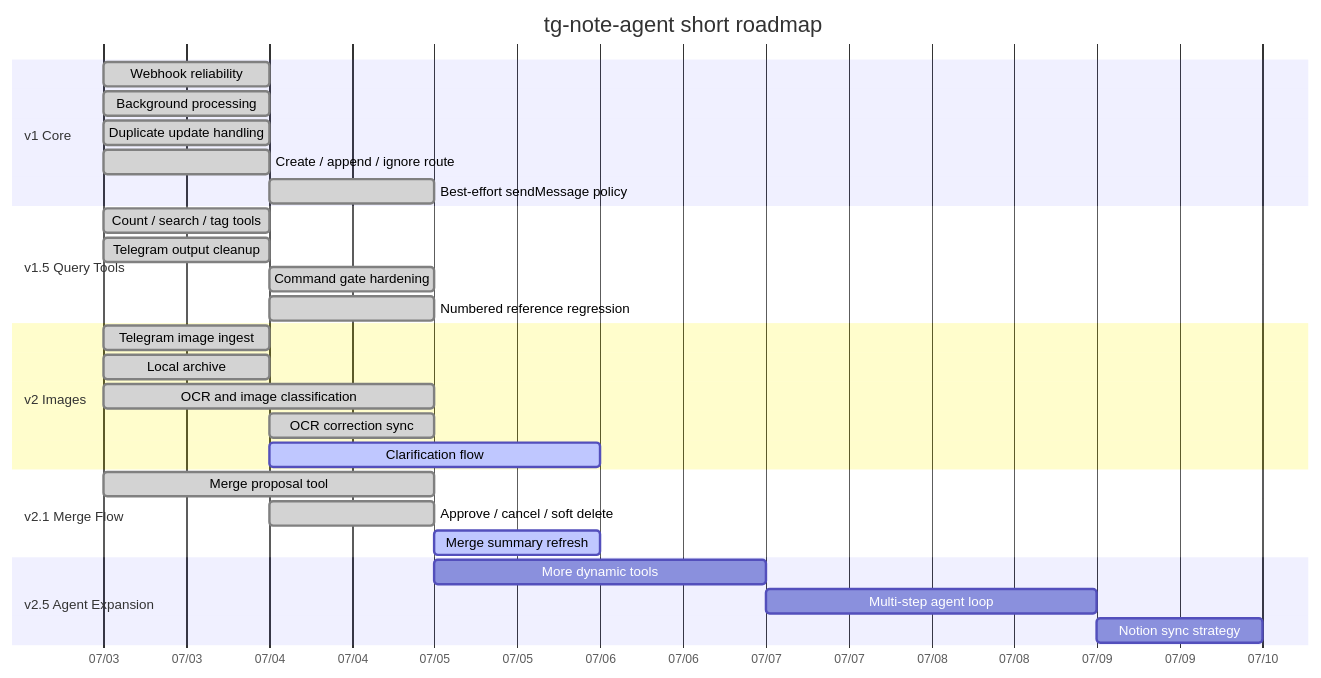
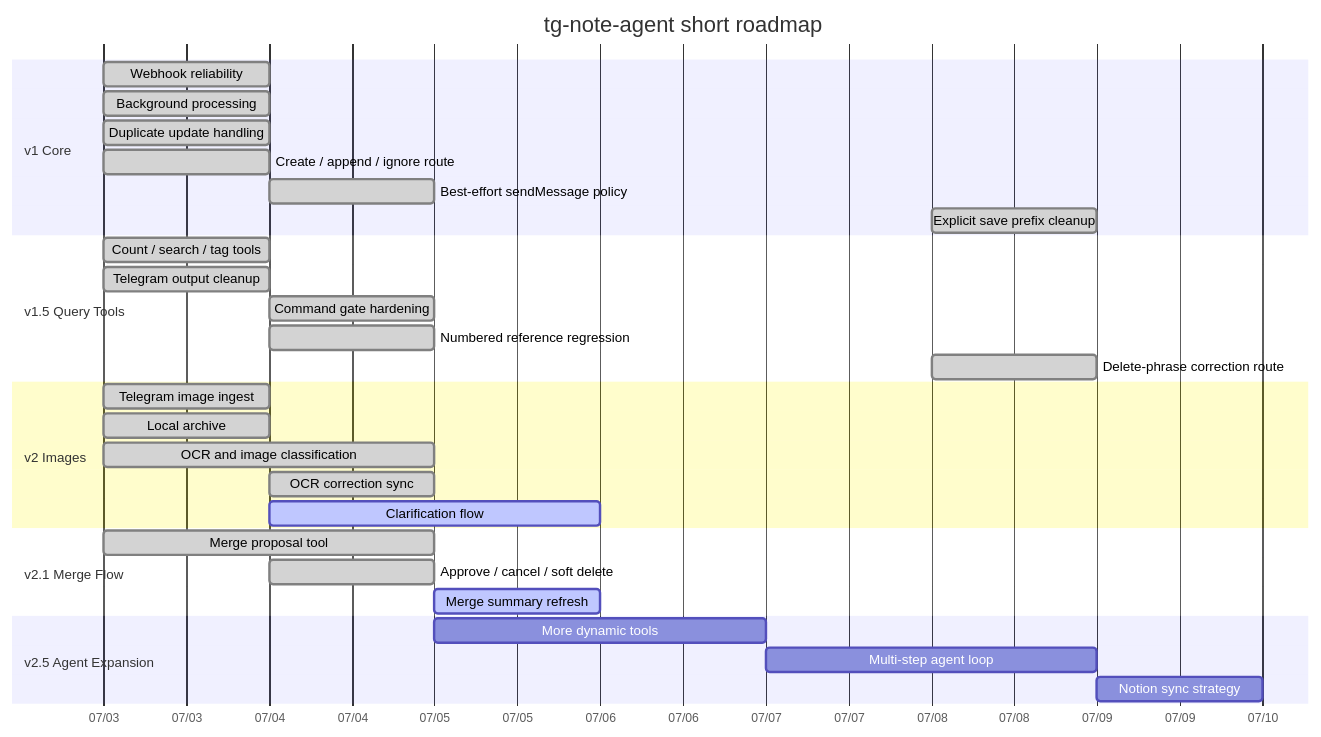
The diagram in docs/ROADMAP.md (Transient-Onlooker/tg-note-agent), drawn with Mermaid before and after one commit. The commit also changed other lines of this file and 17 other files, not shown here.

Commit message:
Fix explicit note save handling

````diff
--- a/docs/ROADMAP.md
+++ b/docs/ROADMAP.md
@@ -33,36 +33,38 @@
 ```mermaid
 gantt
     title tg-note-agent short roadmap
     dateFormat  YYYY-MM-DD
     axisFormat  %m/%d
 
     section v1 Core
     Webhook reliability             :done, v1a, 2026-07-03, 1d
     Background processing           :done, v1b, 2026-07-03, 1d
     Duplicate update handling       :done, v1c, 2026-07-03, 1d
     Create / append / ignore route  :done, v1d, 2026-07-03, 1d
     Best-effort sendMessage policy  :done, v1e, 2026-07-04, 1d
+    Explicit save prefix cleanup    :done, v1f, 2026-07-08, 1d
 
     section v1.5 Query Tools
     Count / search / tag tools      :done, v15a, 2026-07-03, 1d
     Telegram output cleanup         :done, v15b, 2026-07-03, 1d
     Command gate hardening          :done, v15c, 2026-07-04, 1d
     Numbered reference regression   :done, v15d, 2026-07-04, 1d
+    Delete-phrase correction route  :done, v15e, 2026-07-08, 1d
 
     section v2 Images
     Telegram image ingest           :done, v2a, 2026-07-03, 1d
     Local archive                   :done, v2b, 2026-07-03, 1d
     OCR and image classification    :done, v2c, 2026-07-03, 2d
     OCR correction sync             :done, v2d, 2026-07-04, 1d
     Clarification flow              :active, v2e, 2026-07-04, 2d
 
     section v2.1 Merge Flow
     Merge proposal tool             :done, v21a, 2026-07-03, 2d
     Approve / cancel / soft delete  :done, v21b, 2026-07-04, 1d
     Merge summary refresh           :active, v21c, 2026-07-05, 1d
 
     section v2.5 Agent Expansion
     More dynamic tools              :v25a, 2026-07-05, 2d
     Multi-step agent loop           :v25b, after v25a, 2d
     Notion sync strategy            :v25c, after v25b, 1d
 ```
````
